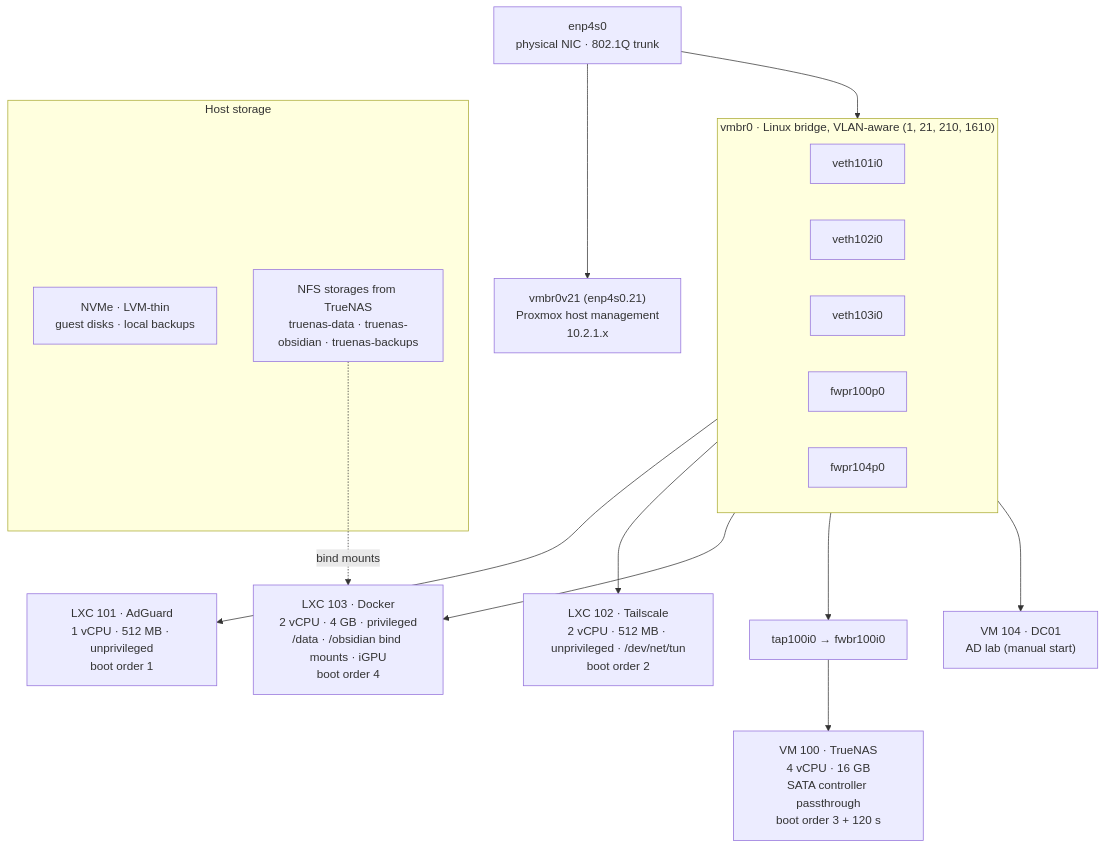
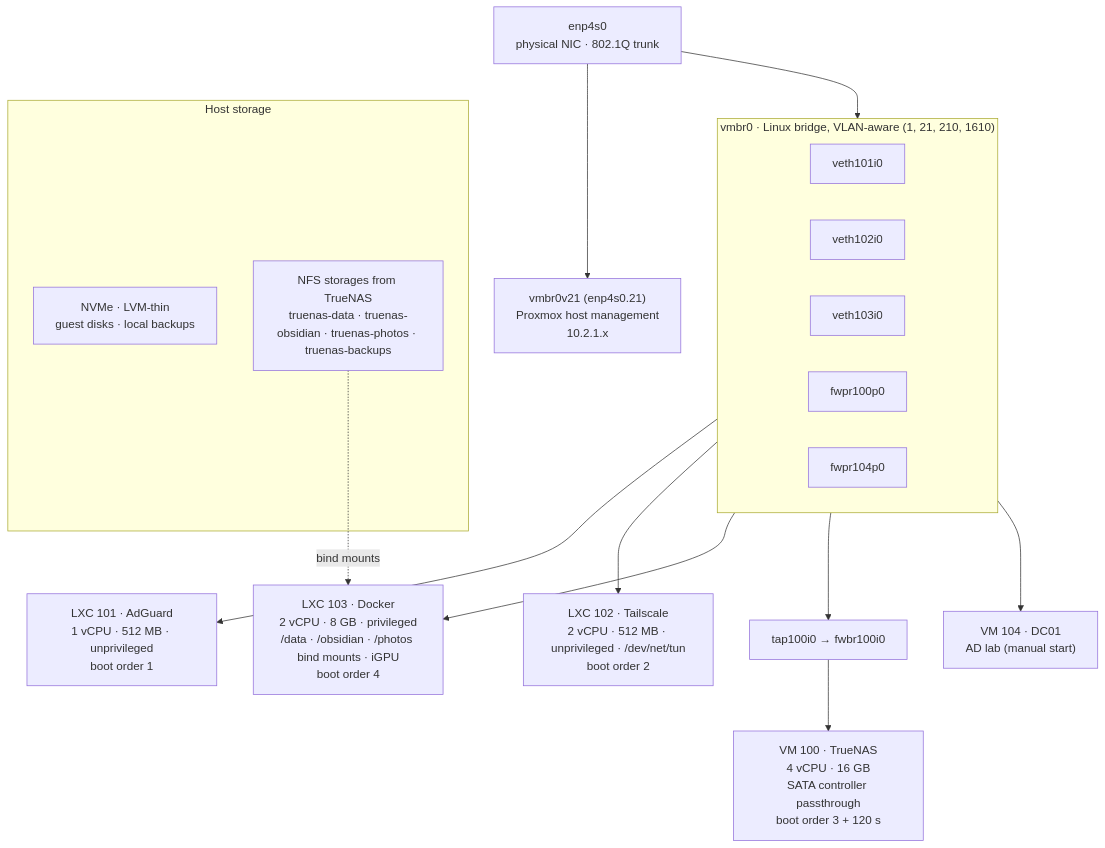
Before and after one commit to isaacinthecloud/homelab-infrastructure: the second of 4 diagrams in diagrams/README.md, drawn with Mermaid. The commit also changed other lines of this file and 10 other files, not shown here.

````diff
--- a/diagrams/README.md
+++ b/diagrams/README.md
@@ -59,27 +59,27 @@
 ```mermaid
 flowchart TB
     nic["enp4s0<br/>physical NIC · 802.1Q trunk"]
     nic --> vmbr0
     nic --> mgmt["vmbr0v21 (enp4s0.21)<br/>Proxmox host management<br/>10.2.1.x"]
 
     subgraph vmbr0["vmbr0 · Linux bridge, VLAN-aware (1, 21, 210, 1610)"]
         direction LR
         v101["veth101i0"]
         v102["veth102i0"]
         v103["veth103i0"]
         f100["fwpr100p0"]
         f104["fwpr104p0"]
     end
 
     v101 --> c101["LXC 101 · AdGuard<br/>1 vCPU · 512 MB · unprivileged<br/>boot order 1"]
     v102 --> c102["LXC 102 · Tailscale<br/>2 vCPU · 512 MB · unprivileged · /dev/net/tun<br/>boot order 2"]
-    v103 --> c103["LXC 103 · Docker<br/>2 vCPU · 4 GB · privileged<br/>/data · /obsidian bind mounts · iGPU<br/>boot order 4"]
+    v103 --> c103["LXC 103 · Docker<br/>2 vCPU · 8 GB · privileged<br/>/data · /obsidian · /photos bind mounts · iGPU<br/>boot order 4"]
     f100 --> t100["tap100i0 → fwbr100i0"] --> vm100["VM 100 · TrueNAS<br/>4 vCPU · 16 GB<br/>SATA controller passthrough<br/>boot order 3 + 120 s"]
     f104 --> vm104["VM 104 · DC01<br/>AD lab (manual start)"]
 
     subgraph storage["Host storage"]
         nvme["NVMe · LVM-thin<br/>guest disks · local backups"]
-        nfs["NFS storages from TrueNAS<br/>truenas-data · truenas-obsidian · truenas-backups"]
+        nfs["NFS storages from TrueNAS<br/>truenas-data · truenas-obsidian · truenas-photos · truenas-backups"]
     end
     nfs -. "bind mounts" .-> c103
 ```
````
